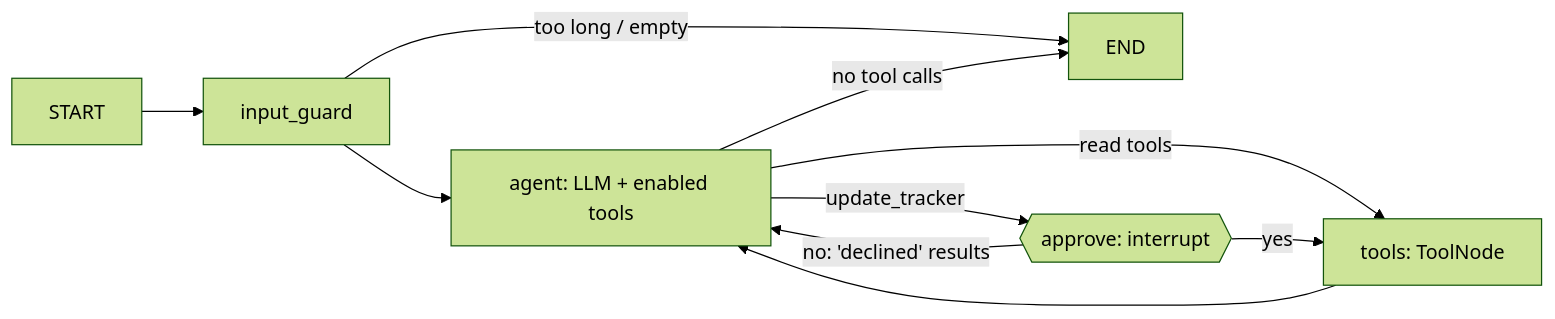
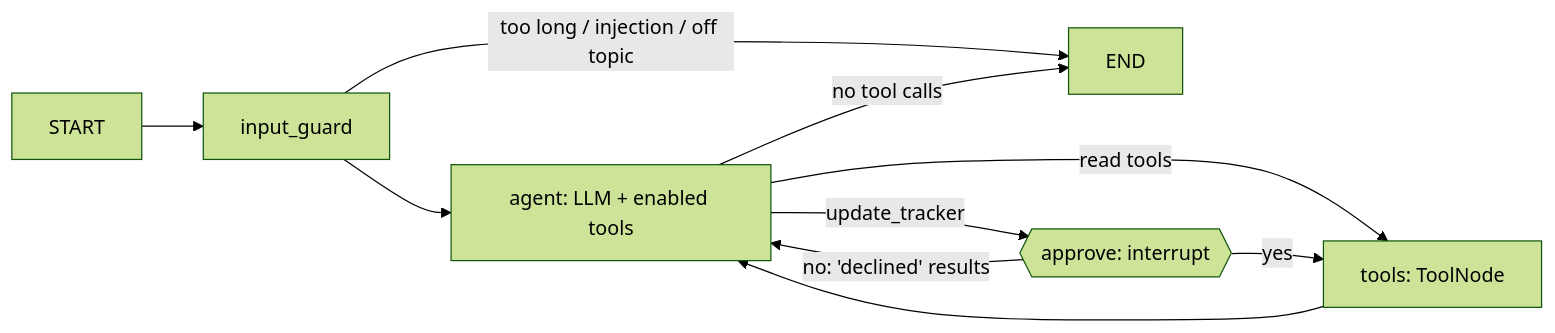
The second of 2 diagrams in docs/CONCEPTS.md (ibeshkar/job-copilot), drawn with Mermaid (forest theme) before and after one commit. The commit also changed other lines of this file and 47 other files, not shown here.

````diff
--- a/docs/CONCEPTS.md
+++ b/docs/CONCEPTS.md
@@ -466,12 +499,12 @@
 ```mermaid
 flowchart LR
     S[START] --> G[input_guard]
-    G -->|too long / empty| E[END]
+    G -->|too long / injection / off topic| E[END]
     G --> A[agent: LLM + enabled tools]
     A -->|read tools| T[tools: ToolNode]
     T --> A
     A -->|update_tracker| H{{approve: interrupt}}
     H -->|yes| T
     H -->|no: 'declined' results| A
     A -->|no tool calls| E
 ```
````
